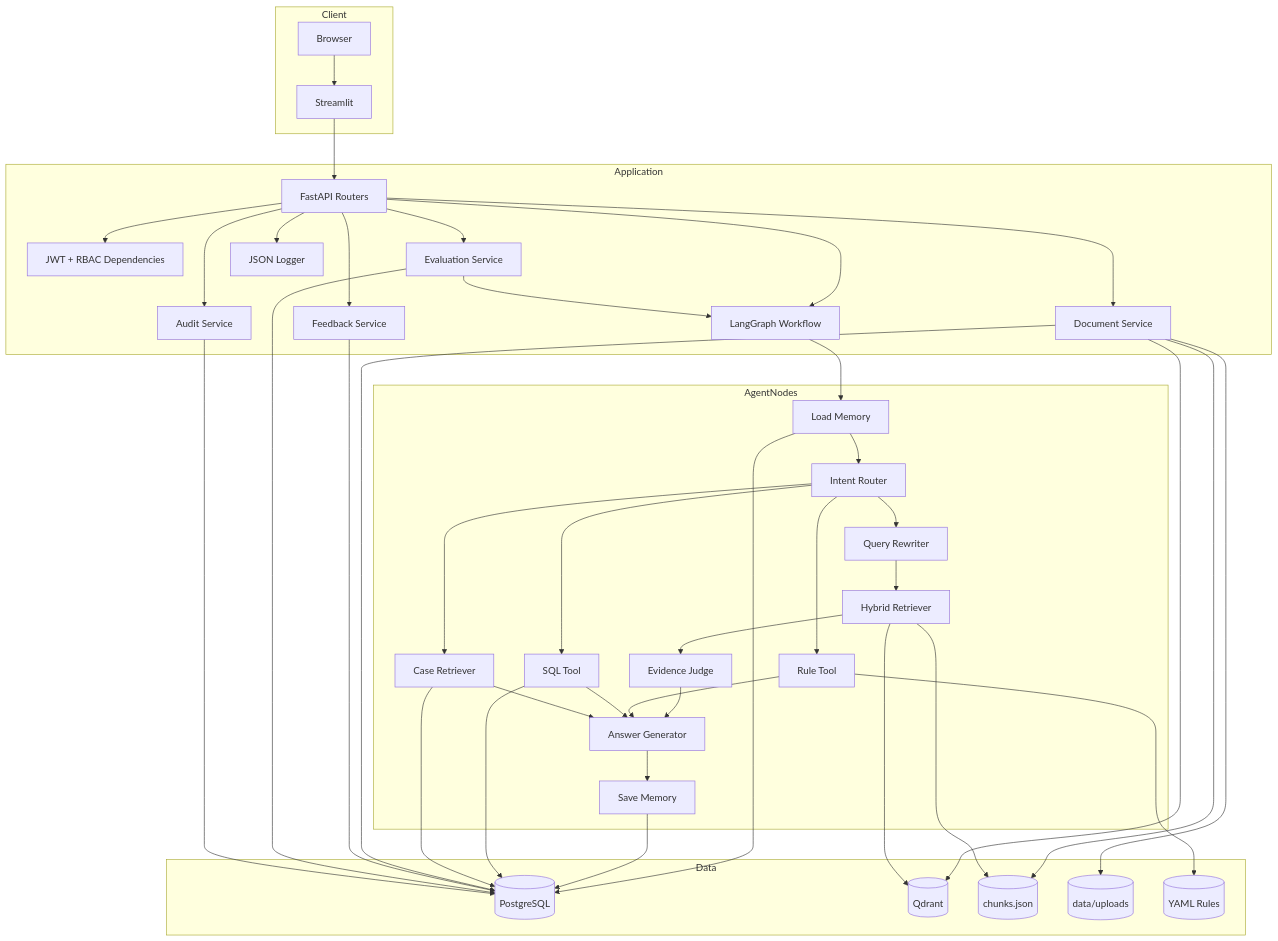
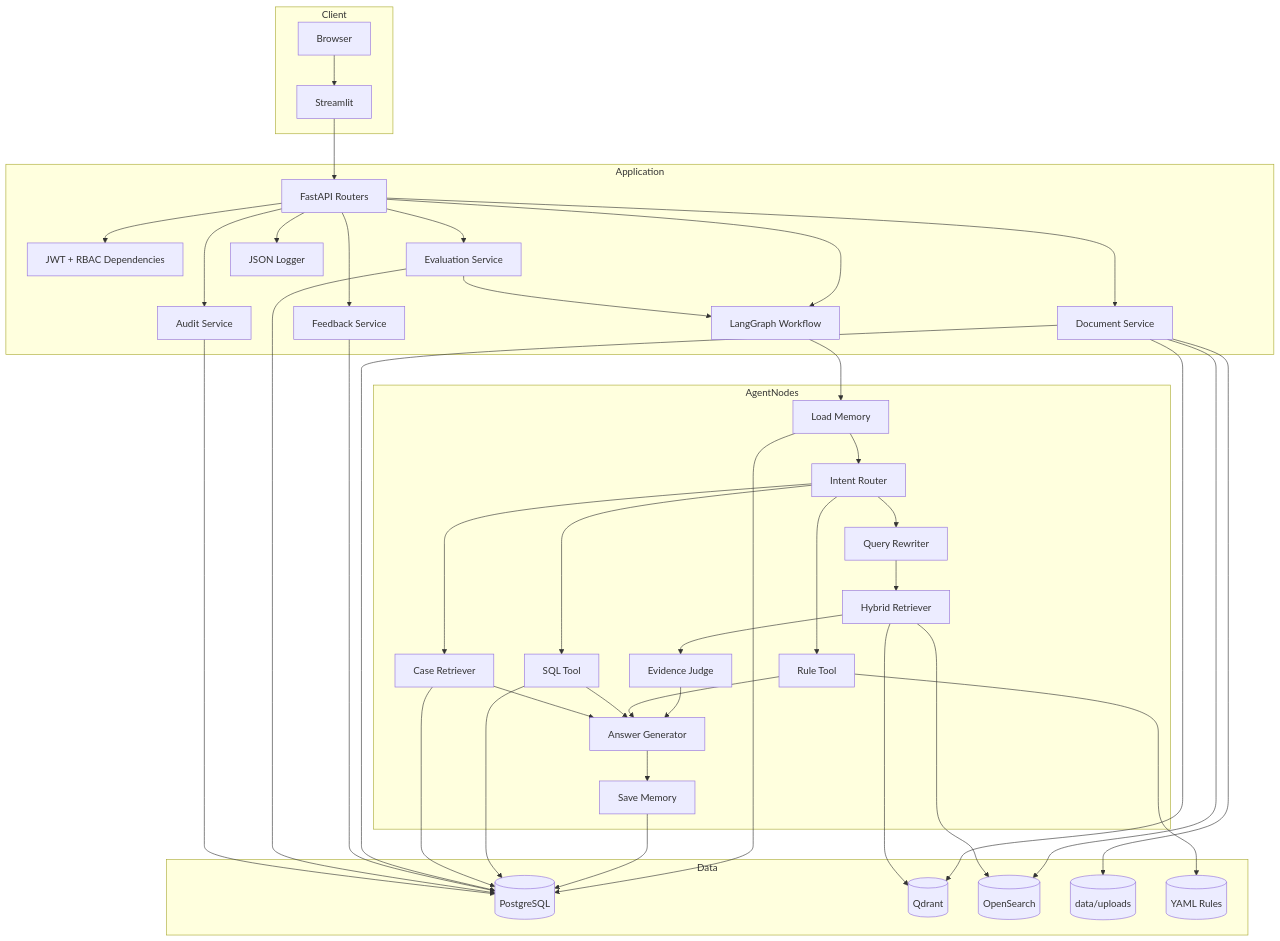
Before and after one commit to nwxshm-ylj/Industrial-Quality-Agentic-RAG-Assistant: the second of 5 diagrams in docs/architecture.md, drawn with Mermaid. The commit also changed other lines of this file and 42 other files, not shown here.

```diff
--- a/docs/architecture.md
+++ b/docs/architecture.md
@@ -41,70 +41,70 @@
 ~~~mermaid
 flowchart TB
     subgraph Client
         Browser[Browser]
         Streamlit[Streamlit]
     end
 
     subgraph Application
         FastAPI[FastAPI Routers]
         Auth[JWT + RBAC Dependencies]
         Graph[LangGraph Workflow]
         DocService[Document Service]
         FeedbackService[Feedback Service]
         EvalService[Evaluation Service]
         AuditService[Audit Service]
         Logger[JSON Logger]
     end
 
     subgraph AgentNodes
         Memory[Load Memory]
         Intent[Intent Router]
         Rewrite[Query Rewriter]
         Retrieve[Hybrid Retriever]
         Judge[Evidence Judge]
         Rule[Rule Tool]
         SQL[SQL Tool]
         Case[Case Retriever]
         Generate[Answer Generator]
         Save[Save Memory]
     end
 
     subgraph Data
         PostgreSQL[(PostgreSQL)]
         Qdrant[(Qdrant)]
-        Chunks[(chunks.json)]
+        OpenSearch[(OpenSearch)]
         Uploads[(data/uploads)]
         Rules[(YAML Rules)]
     end
 
     Browser --> Streamlit --> FastAPI
     FastAPI --> Auth
     FastAPI --> Graph
     FastAPI --> DocService
     FastAPI --> FeedbackService
     FastAPI --> EvalService
     FastAPI --> AuditService
     FastAPI --> Logger
 
     Graph --> Memory --> Intent
     Intent --> Rewrite --> Retrieve --> Judge --> Generate --> Save
     Intent --> Rule --> Generate
     Intent --> SQL --> Generate
     Intent --> Case --> Generate
 
     Memory --> PostgreSQL
     Save --> PostgreSQL
     SQL --> PostgreSQL
     Case --> PostgreSQL
     DocService --> PostgreSQL
     DocService --> Qdrant
-    DocService --> Chunks
+    DocService --> OpenSearch
     DocService --> Uploads
     Retrieve --> Qdrant
-    Retrieve --> Chunks
+    Retrieve --> OpenSearch
     Rule --> Rules
     FeedbackService --> PostgreSQL
     EvalService --> Graph
     EvalService --> PostgreSQL
     AuditService --> PostgreSQL
 ~~~
```
